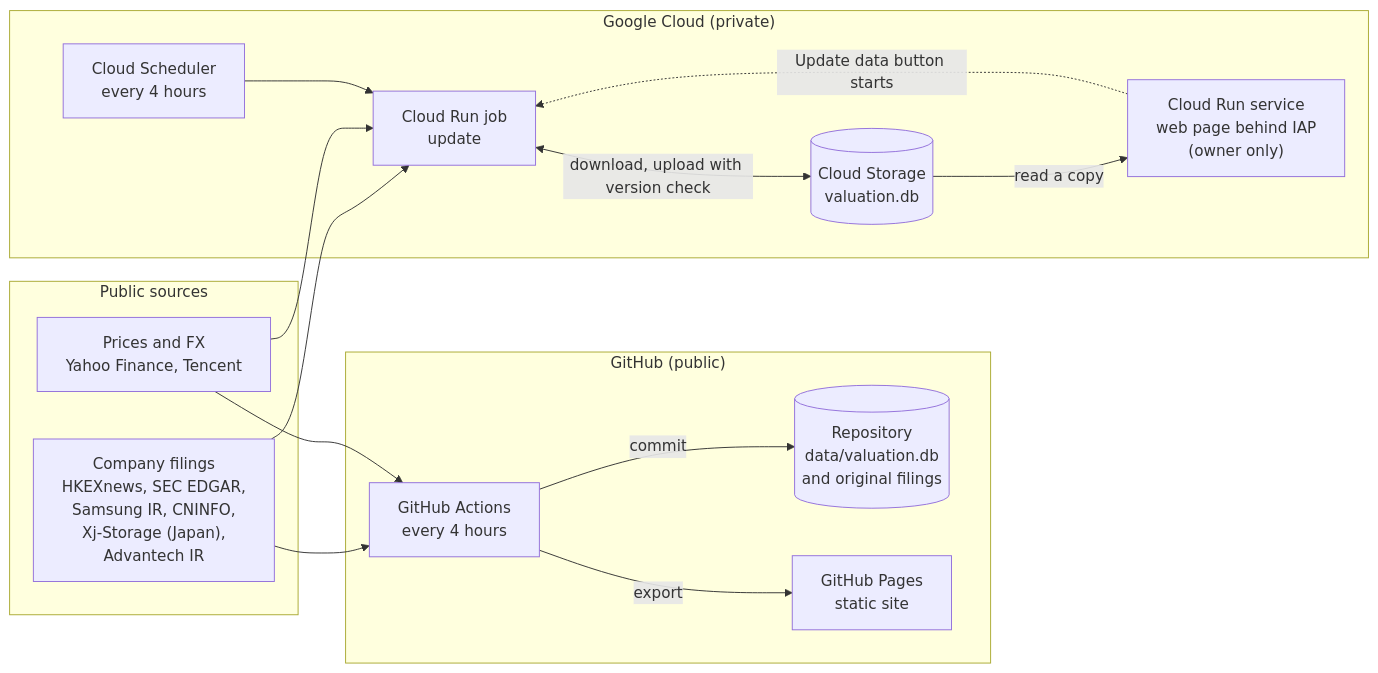
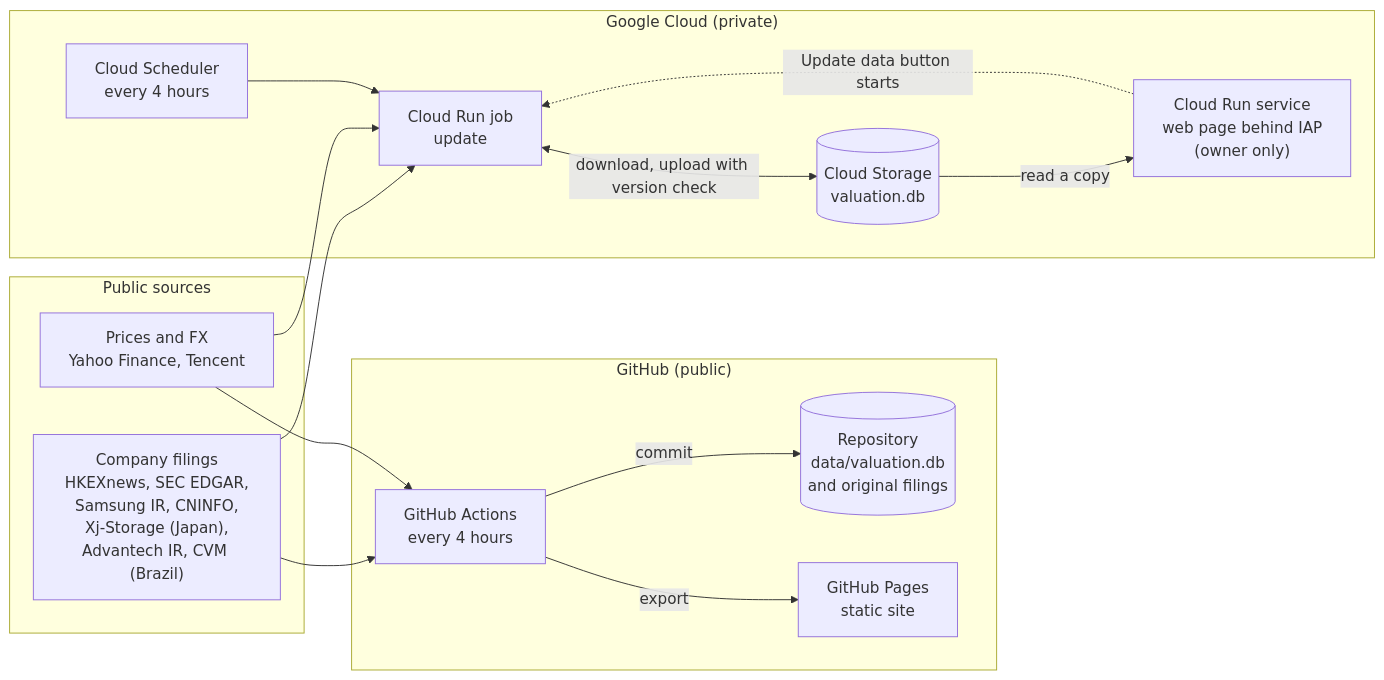
The diagram in README.md (yun-zhsh/Watchlist-monitor), drawn with Mermaid before and after one commit. The commit also changed other lines of this file and 9 other files, not shown here.

````diff
--- a/README.md
+++ b/README.md
@@ -19,32 +19,32 @@
 ```mermaid
 flowchart LR
   subgraph SRC["Public sources"]
-    F["Company filings<br/>HKEXnews, SEC EDGAR,<br/>Samsung IR, CNINFO,<br/>Xj-Storage (Japan),<br/>Advantech IR"]
+    F["Company filings<br/>HKEXnews, SEC EDGAR,<br/>Samsung IR, CNINFO,<br/>Xj-Storage (Japan),<br/>Advantech IR, CVM (Brazil)"]
     P["Prices and FX<br/>Yahoo Finance, Tencent"]
   end
 
   subgraph GH["GitHub (public)"]
     A["GitHub Actions<br/>every 4 hours"]
     R[("Repository<br/>data/valuation.db<br/>and original filings")]
     S["GitHub Pages<br/>static site"]
   end
 
   subgraph GCP["Google Cloud (private)"]
     SCH["Cloud Scheduler<br/>every 4 hours"]
     J["Cloud Run job<br/>update"]
     B[("Cloud Storage<br/>valuation.db")]
     W["Cloud Run service<br/>web page behind IAP<br/>(owner only)"]
   end
 
   F --> A
   P --> A
   A -- commit --> R
   A -- export --> S
 
   F --> J
   P --> J
   SCH --> J
   J <-- "download, upload with version check" --> B
   B -- "read a copy" --> W
   W -. "Update data button starts" .-> J
 ```
````
